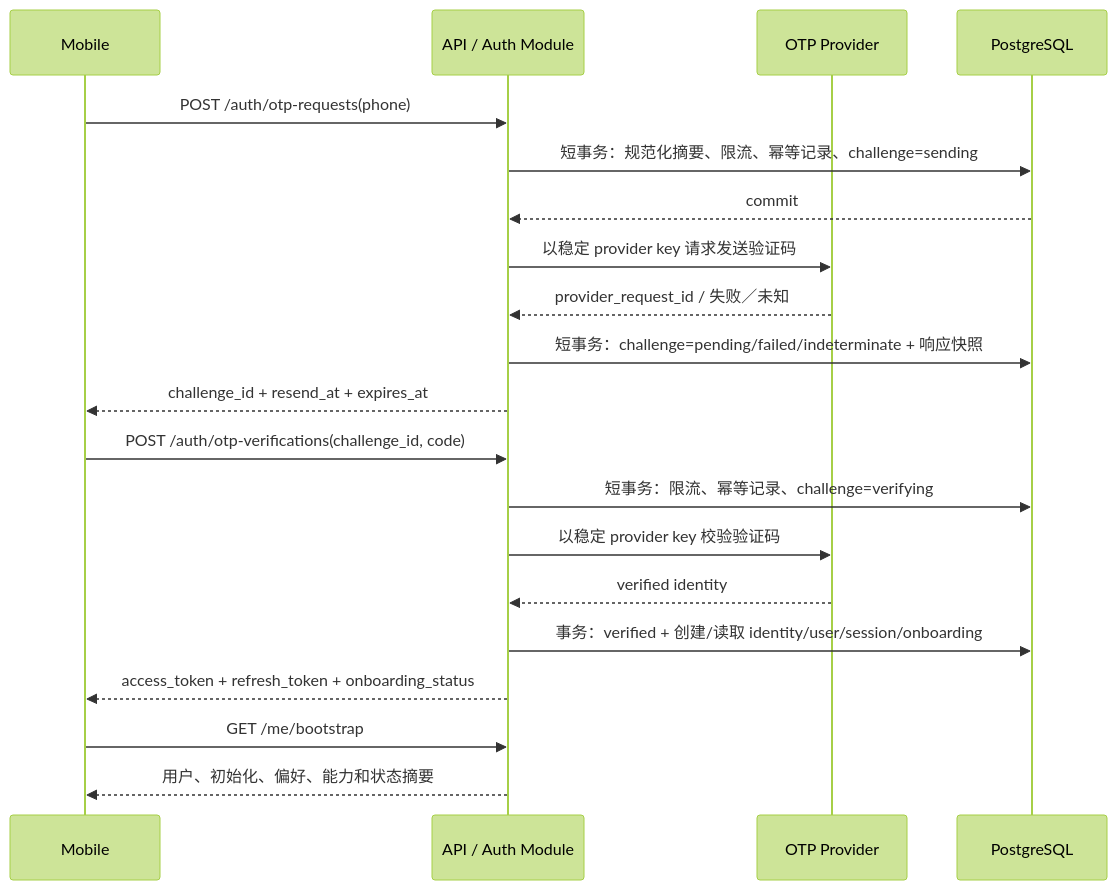
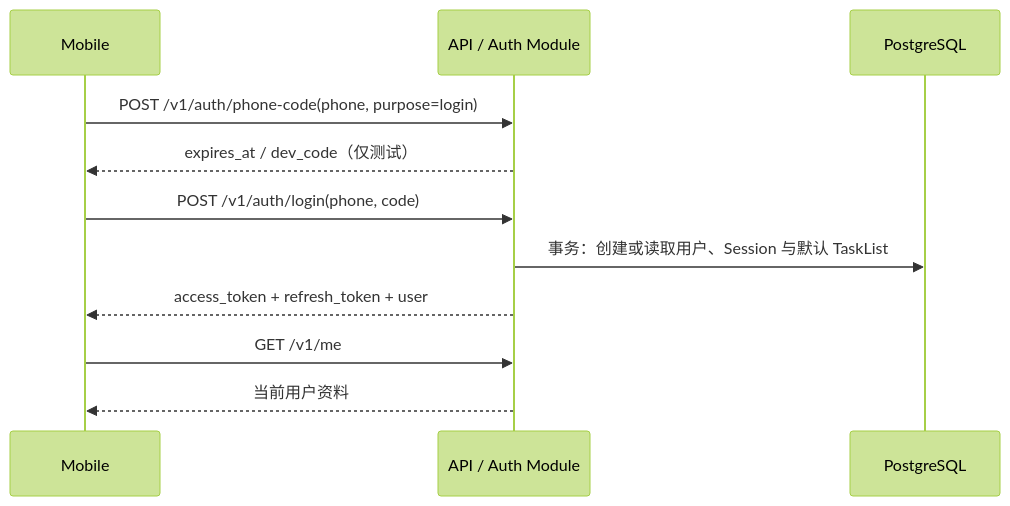
The fifth of 7 diagrams in docs/整体架构设计.md (xiaoguo123456/steward), drawn with Mermaid (forest theme) before and after one commit. The commit also changed other lines of this file and 20 other files, not shown here.

````diff
--- a/docs/整体架构设计.md
+++ b/docs/整体架构设计.md
@@ -2314,23 +2205,14 @@
 ```mermaid
 sequenceDiagram
     participant M as Mobile
     participant A as API / Auth Module
-    participant P as OTP Provider
     participant D as PostgreSQL
 
-    M->>A: POST /auth/otp-requests(phone)
-    A->>D: 短事务：规范化摘要、限流、幂等记录、challenge=sending
-    D-->>A: commit
-    A->>P: 以稳定 provider key 请求发送验证码
-    P-->>A: provider_request_id / 失败／未知
-    A->>D: 短事务：challenge=pending/failed/indeterminate + 响应快照
-    A-->>M: challenge_id + resend_at + expires_at
-    M->>A: POST /auth/otp-verifications(challenge_id, code)
-    A->>D: 短事务：限流、幂等记录、challenge=verifying
-    A->>P: 以稳定 provider key 校验验证码
-    P-->>A: verified identity
-    A->>D: 事务：verified + 创建/读取 identity/user/session/onboarding
-    A-->>M: access_token + refresh_token + onboarding_status
-    M->>A: GET /me/bootstrap
-    A-->>M: 用户、初始化、偏好、能力和状态摘要
+    M->>A: POST /v1/auth/phone-code(phone, purpose=login)
+    A-->>M: expires_at / dev_code（仅测试）
+    M->>A: POST /v1/auth/login(phone, code)
+    A->>D: 事务：创建或读取用户、Session 与默认 TaskList
+    A-->>M: access_token + refresh_token + user
+    M->>A: GET /v1/me
+    A-->>M: 当前用户资料
 ```
````
